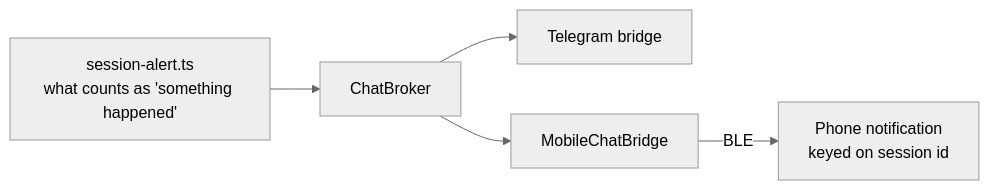
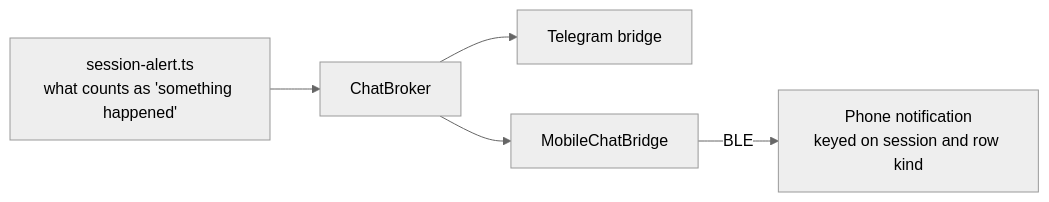
Before and after one commit to PetePeter/helm: the sixth of 6 diagrams in docs/mobile-app.md, drawn with Mermaid (neutral theme). The commit also changed other lines of this file and 13 other files, not shown here.

````diff
--- a/docs/mobile-app.md
+++ b/docs/mobile-app.md
@@ -620,7 +633,7 @@
 ```mermaid
 graph LR
     SA[session-alert.ts<br/>what counts as 'something happened'] --> CB[ChatBroker]
     CB --> TG[Telegram bridge]
     CB --> MB[MobileChatBridge]
-    MB -->|BLE| PH[Phone notification<br/>keyed on session id]
+    MB -->|BLE| PH[Phone notification<br/>keyed on session and row kind]
 ```
````
